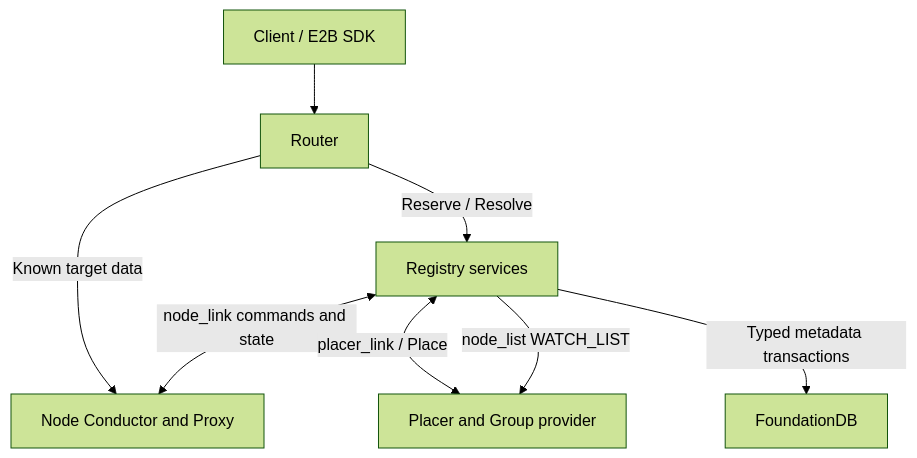
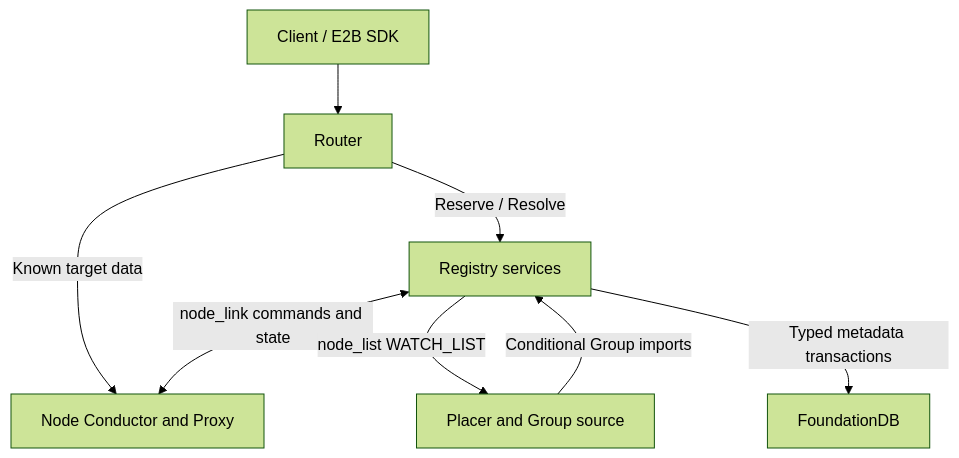
The first of 2 diagrams in docs/cluster.md (kuasar-sandbox/orchestrator), drawn with Mermaid (forest theme) before and after one commit. The commit also changed other lines of this file and 141 other files, not shown here.

````diff
--- a/docs/cluster.md
+++ b/docs/cluster.md
@@ -27,10 +27,10 @@
 ```mermaid
 flowchart TD
   client["Client / E2B SDK"] --> router["Router"]
   router -->|"Reserve / Resolve"| registry["Registry services"]
   router -->|"Known target data"| node["Node Conductor and Proxy"]
   registry <-->|"node_link commands and state"| node
-  registry <-->|"placer_link / Place"| placer["Placer and Group provider"]
+  placer["Placer and Group source"] -->|"Conditional Group imports"| registry
   registry -->|"node_list WATCH_LIST"| placer
   registry -->|"Typed metadata transactions"| fdb["FoundationDB"]
 ```
````
